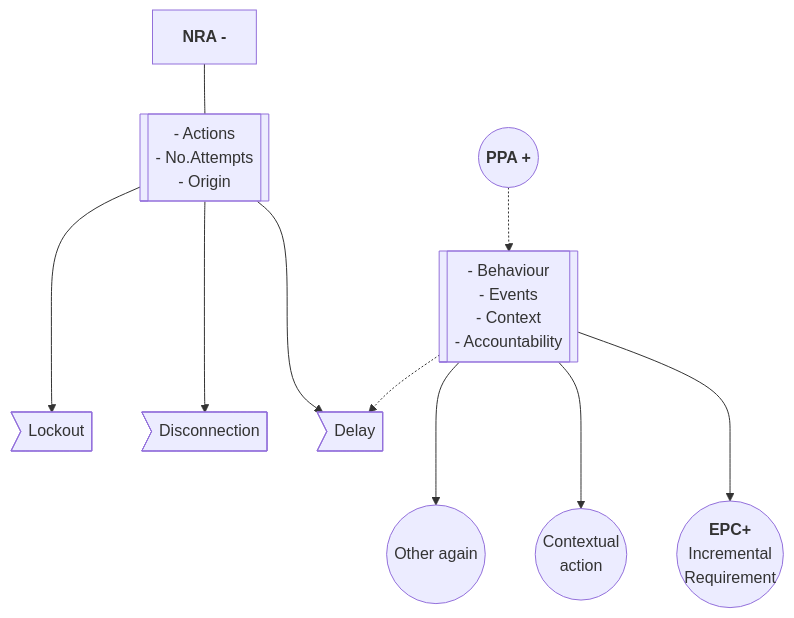
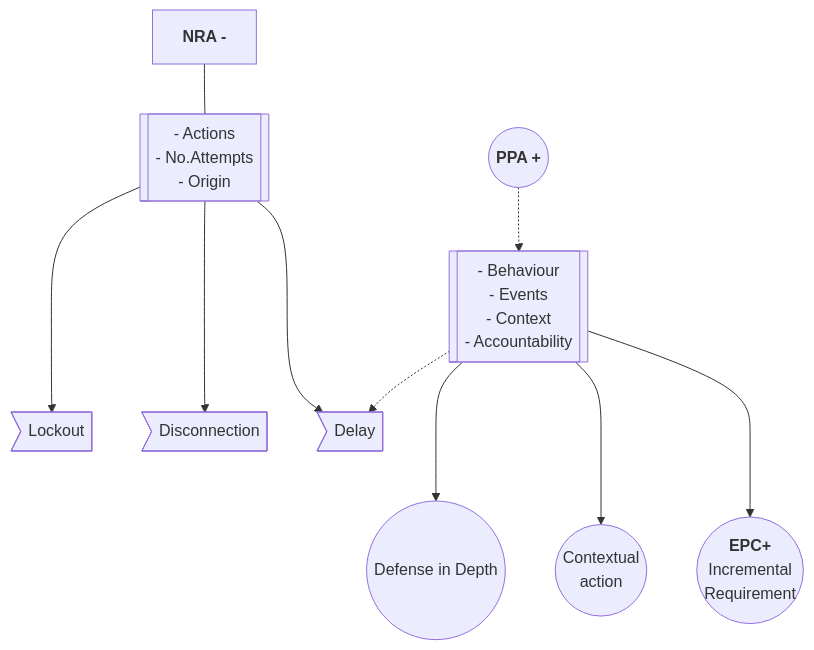
Before and after one commit to s4dhulabs/LFWFBD: the fifth of 5 diagrams in Cases/LFCS-1.md, drawn with Mermaid. The commit also changed other lines of this file, not shown here.

````diff
--- a/Cases/LFCS-1.md
+++ b/Cases/LFCS-1.md
@@ -180,52 +182,52 @@
 ```mermaid
 graph TB
     %% Notice that no text in shape are added here instead that is appended further down
     %% od3[Action]
     %% od4[Origin]
     %% od5[N.Attempts]
     %% od6((Behaviour))
     %% od7((Events))
     %% od8((Context))
     %% od9((Accountability))
     triggers[[ - Actions <br> - No.Attempts <br> - Origin ]]
     contexts[[ - Behaviour <br> - Events <br> - Context <br> - Accountability]]
     
     %% requirements
     req1((<b>EPC+</b><br>Incremental <br> Requirement))
     req2((Contextual <br> action))
-    req3((Other again))
+    req3((Defense in Depth))
     
     na1>Delay]
     na2>Disconnection]
     na3>Lockout]
     
     e[<b>NRA - </b>]
     f((<b>PPA + </b>))
     
     e --- triggers
     triggers ---> na1
     triggers ---> na2
     triggers ---> na3 
     %%e --- od4
     %%e --- od5
     
     f -.-> contexts
     contexts ---> req1
     contexts ---> req2
     contexts ---> req3
     contexts -.-> na1
     
     %% f ---> od6
     %% f ---> od7
     %% f ---> od8
     %% f ---> od9
     
     %% od5 ---> na1
     %% od5 ---> na2
     %% od5 ---> na3
     
     classDef green fill:#9f6,stroke:#333,stroke-width:2px;
     classDef orange fill:#f96,stroke:#333,stroke-width:4px;
     class e red
     class di orange
 ```
````
